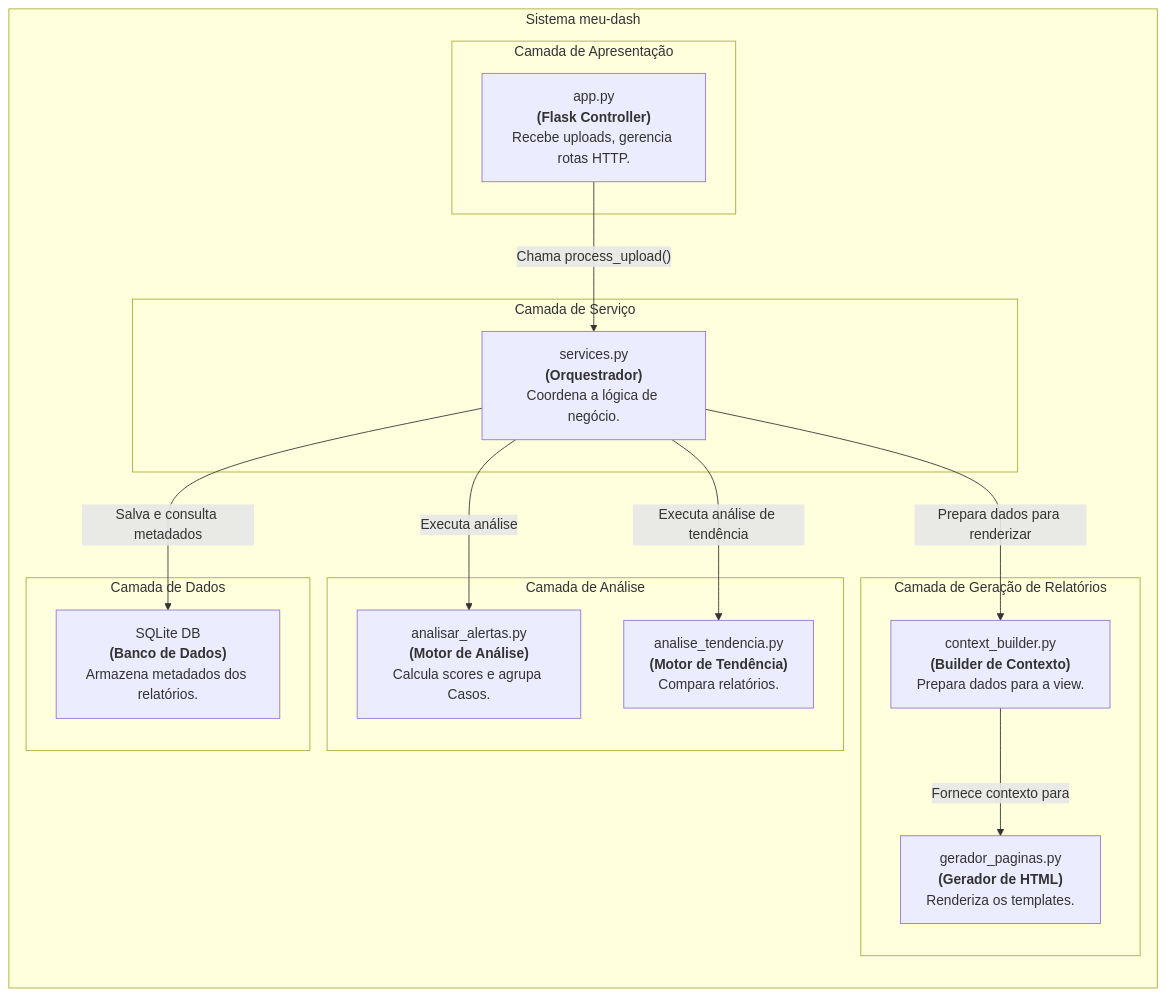
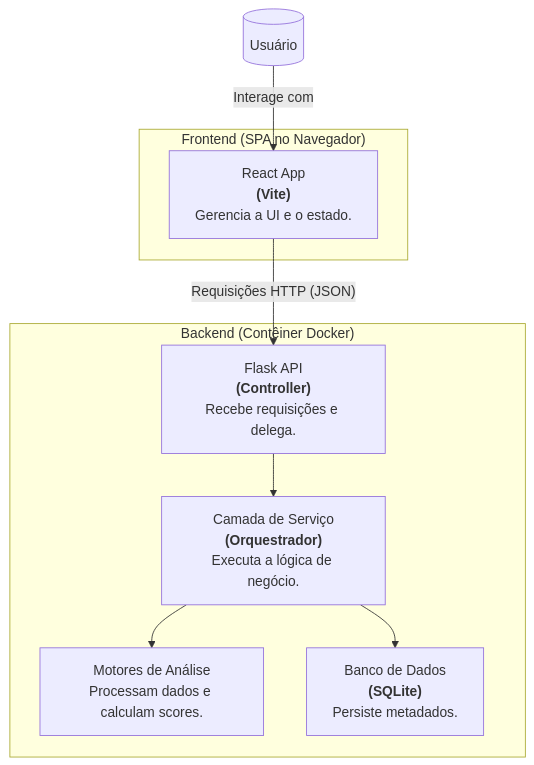
The first of 2 diagrams in ARCHITECTURE.md (leonardosete/meu-dash), drawn with Mermaid before and after one commit. The commit also changed other lines of this file and 9 other files, not shown here.

````diff
--- a/ARCHITECTURE.md
+++ b/ARCHITECTURE.md
@@ -33,37 +36,21 @@
 ```mermaid
 graph TD
-    subgraph "Sistema meu-dash"
-        direction TB
+    User[("Usuário")] -- "Interage com" --> Frontend
 
-        subgraph "Camada de Apresentação"
-            A["app.py<br><b>(Flask Controller)</b><br>Recebe uploads, gerencia rotas HTTP."]
-        end
-
-        subgraph "Camada de Serviço"
-            B["services.py<br><b>(Orquestrador)</b><br>Coordena a lógica de negócio."]
-        end
-
-        subgraph "Camada de Análise"
-            C["analisar_alertas.py<br><b>(Motor de Análise)</b><br>Calcula scores e agrupa Casos."]
-            D["analise_tendencia.py<br><b>(Motor de Tendência)</b><br>Compara relatórios."]
-        end
-
-        subgraph "Camada de Geração de Relatórios"
-            E["gerador_paginas.py<br><b>(Gerador de HTML)</b><br>Renderiza os templates."]
-            F["context_builder.py<br><b>(Builder de Contexto)</b><br>Prepara dados para a view."]
-        end
-
-        subgraph "Camada de Dados"
-            G["SQLite DB<br><b>(Banco de Dados)</b><br>Armazena metadados dos relatórios."]
-        end
-
+    subgraph "Frontend (SPA no Navegador)"
+        Frontend["React App<br><b>(Vite)</b><br>Gerencia a UI e o estado."]
     end
 
-    %% Relacionamentos
-    A --"Chama process_upload()"--> B
-    B --"Executa análise"--> C
-    B --"Executa análise de tendência"--> D
-    B --"Prepara dados para renderizar"--> F
-    F --"Fornece contexto para"--> E
-    B --"Salva e consulta metadados"--> G
+    Frontend -- "Requisições HTTP (JSON)" --> BackendAPI
+
+    subgraph "Backend (Contêiner Docker)"
+        BackendAPI["Flask API<br><b>(Controller)</b><br>Recebe requisições e delega."]
+        Service["Camada de Serviço<br><b>(Orquestrador)</b><br>Executa a lógica de negócio."]
+        Analysis["Motores de Análise<br>Processam dados e calculam scores."]
+        DB["Banco de Dados<br><b>(SQLite)</b><br>Persiste metadados."]
+    end
+
+    BackendAPI --> Service
+    Service --> Analysis
+    Service --> DB
 ```
````
